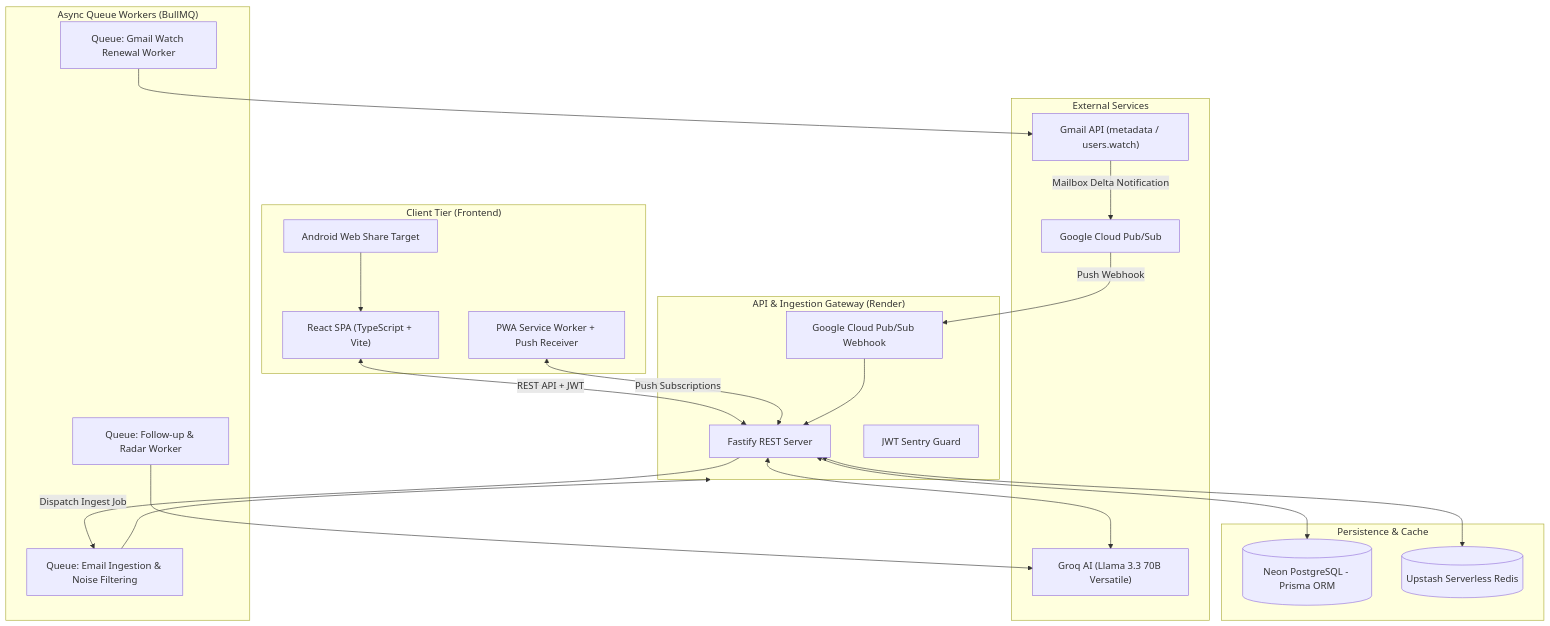
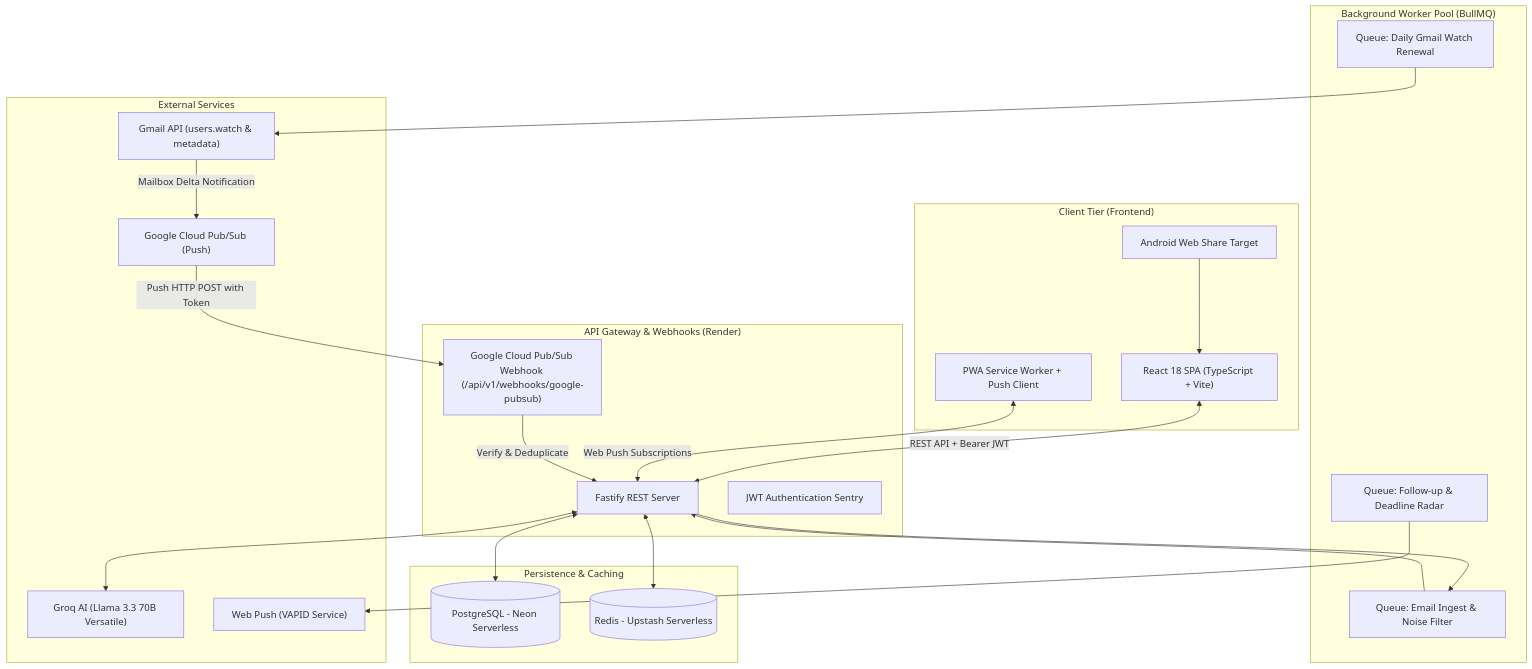
One commit to LalitWagh34/ApplyTrack changed the diagram in README.md. Above: the diagram before and after it, drawn with Mermaid. The commit also changed other lines of this file and 1 other file, not shown here.

Commit message:
docs: modernize README and ARCHITECTURE with Phase 2 specs and PubSub route

````diff
--- a/README.md
+++ b/README.md
@@ -46,52 +48,53 @@
 ```mermaid
 flowchart TB
     subgraph ClientTier["Client Tier (Frontend)"]
-        SPA["React SPA (TypeScript + Vite)"]
-        PWA["PWA Service Worker + Push Receiver"]
+        SPA["React 18 SPA (TypeScript + Vite)"]
+        PWA["PWA Service Worker + Push Client"]
         ShareTarget["Android Web Share Target"]
     end
 
-    subgraph IngestionGateway["API & Ingestion Gateway (Render)"]
+    subgraph IngressTier["API Gateway & Webhooks (Render)"]
         FastifyServer["Fastify REST Server"]
-        JWTSentry["JWT Sentry Guard"]
-        PubSubWebhook["Google Cloud Pub/Sub Webhook"]
+        JWTSentry["JWT Authentication Sentry"]
+        PubSubWebhook["Google Cloud Pub/Sub Webhook (/api/v1/webhooks/google-pubsub)"]
     end
 
-    subgraph AsyncTier["Async Queue Workers (BullMQ)"]
-        IngestQ["Queue: Email Ingestion & Noise Filtering"]
-        WatchQ["Queue: Gmail Watch Renewal Worker"]
-        CronQ["Queue: Follow-up & Radar Worker"]
+    subgraph AsyncTier["Background Worker Pool (BullMQ)"]
+        IngestQ["Queue: Email Ingest & Noise Filter"]
+        WatchQ["Queue: Daily Gmail Watch Renewal"]
+        CronQ["Queue: Follow-up & Deadline Radar"]
     end
 
-    subgraph PersistenceTier["Persistence & Cache"]
-        Postgres[(Neon PostgreSQL - Prisma ORM)]
-        RedisCache[(Upstash Serverless Redis)]
+    subgraph StorageTier["Persistence & Caching"]
+        Postgres[(PostgreSQL - Neon Serverless)]
+        RedisCache[(Redis - Upstash Serverless)]
     end
 
-    subgraph ExternalEcosystem["External Services"]
-        GooglePubSub["Google Cloud Pub/Sub"]
-        GmailAPI["Gmail API (metadata / users.watch)"]
+    subgraph CloudEcosystem["External Services"]
+        GooglePubSub["Google Cloud Pub/Sub (Push)"]
+        GmailAPI["Gmail API (users.watch & metadata)"]
         GroqAI["Groq AI (Llama 3.3 70B Versatile)"]
+        WebPush["Web Push (VAPID Service)"]
     end
 
-    %% Client Communication
-    SPA <-->|REST API + JWT| FastifyServer
-    PWA <-->|Push Subscriptions| FastifyServer
+    %% Client Traffic
+    SPA <-->|REST API + Bearer JWT| FastifyServer
+    PWA <-->|Web Push Subscriptions| FastifyServer
     ShareTarget --> SPA
 
-    %% Ingestion Flow
+    %% Ingestion Traffic
     GmailAPI -->|Mailbox Delta Notification| GooglePubSub
-    GooglePubSub -->|Push Webhook| PubSubWebhook
-    PubSubWebhook --> FastifyServer
+    GooglePubSub -->|Push HTTP POST with Token| PubSubWebhook
+    PubSubWebhook -->|Verify & Deduplicate| FastifyServer
 
-    %% Server to Async & Cache
-    FastifyServer -->|Dispatch Ingest Job| IngestQ
+    %% Async Dispatch
+    FastifyServer --> IngestQ
     FastifyServer <--> RedisCache
     FastifyServer <--> Postgres
     FastifyServer <--> GroqAI
 
-    %% Workers
-    IngestQ --> IngestionGateway
+    %% Worker Operations
+    IngestQ --> FastifyServer
     WatchQ --> GmailAPI
-    CronQ --> GroqAI
+    CronQ --> WebPush
 ```
````
